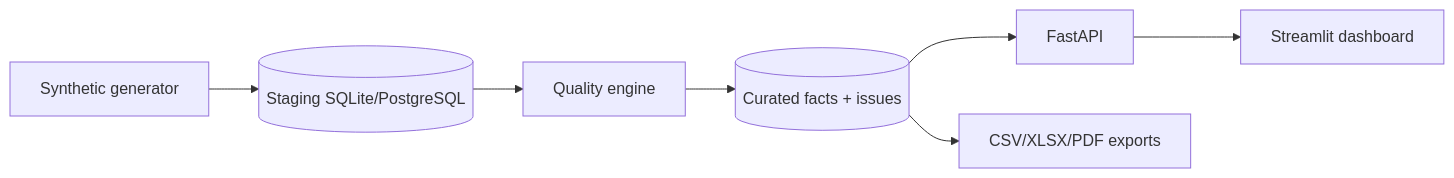
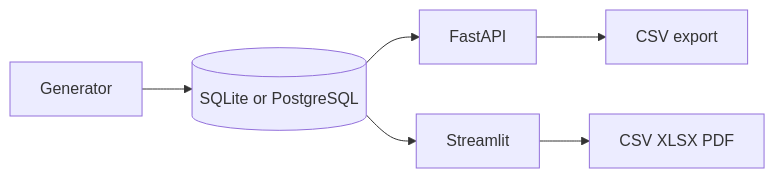
The diagram in README.md (swap2you/nonprofit-impact-intelligence-lab), drawn with Mermaid before and after one commit. The commit also changed other lines of this file and 12 other files, not shown here.

````diff
--- a/README.md
+++ b/README.md
@@ -43,8 +46,8 @@
 ```mermaid
 flowchart LR
- A[Synthetic generator] --> B[(Staging SQLite/PostgreSQL)]
- B --> C[Quality engine]
- C --> D[(Curated facts + issues)]
- D --> E[FastAPI] --> F[Streamlit dashboard]
- D --> G[CSV/XLSX/PDF exports]
+  gen[Generator] --> db[(SQLite or PostgreSQL)]
+  db --> api[FastAPI]
+  db --> dash[Streamlit]
+  api --> csv[CSV export]
+  dash --> files[CSV XLSX PDF]
 ```
````
